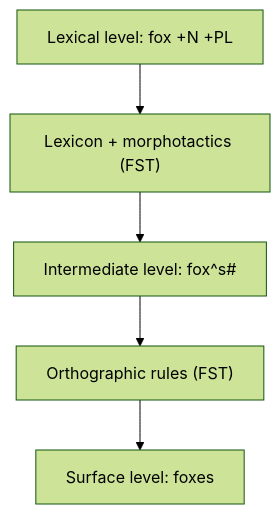
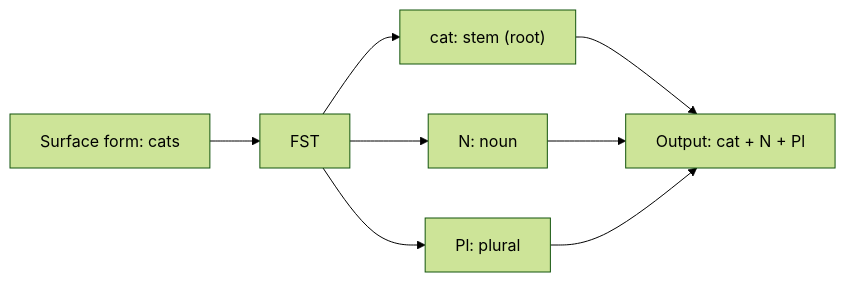
The fourth of 6 diagrams in content/natural-language-processing/notes/morphology-fst.mdx (TrendySloth1001/sem-seven-notes), drawn with Mermaid (forest theme) before and after one commit. The commit also changed other lines of this file and 406 other files, not shown here.

````diff
--- a/content/natural-language-processing/notes/morphology-fst.mdx
+++ b/content/natural-language-processing/notes/morphology-fst.mdx
@@ -189,8 +221,11 @@
 ```mermaid
-%% caption: The three parts of a morphological parser. The lexicon holds the stems and affixes, the morphotactic FSA says which orders are allowed, and spelling rules fix the final letters. Read it from the top for generation and from the bottom for analysis.
-flowchart TD
-  A["Lexical level: fox +N +PL"] --> B["Lexicon + morphotactics (FST)"]
-  B --> C["Intermediate level: fox^s#"]
-  C --> D["Orthographic rules (FST)"]
-  D --> E["Surface level: foxes"]
+%% caption: The FST for the plural noun example. It reads the surface word cats and writes the analysis cat + N + Pl, one transition at a time.
+flowchart LR
+  A["Surface form: cats"] --> B["FST"]
+  B --> C["cat: stem (root)"]
+  B --> D["N: noun"]
+  B --> E["Pl: plural"]
+  C --> F["Output: cat + N + Pl"]
+  D --> F
+  E --> F
 ```
````
